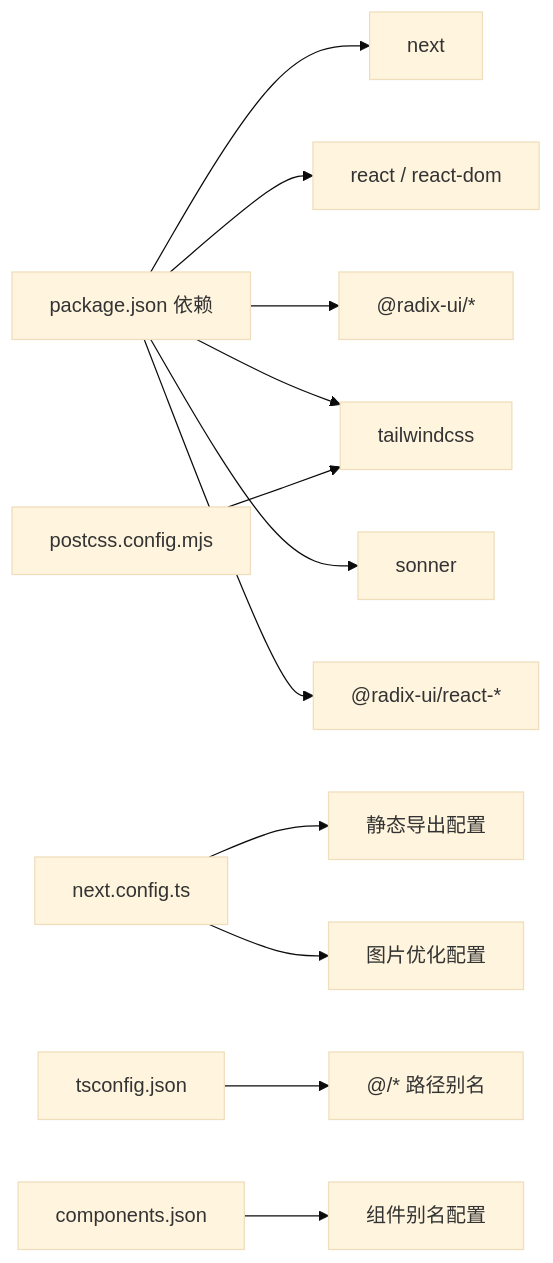
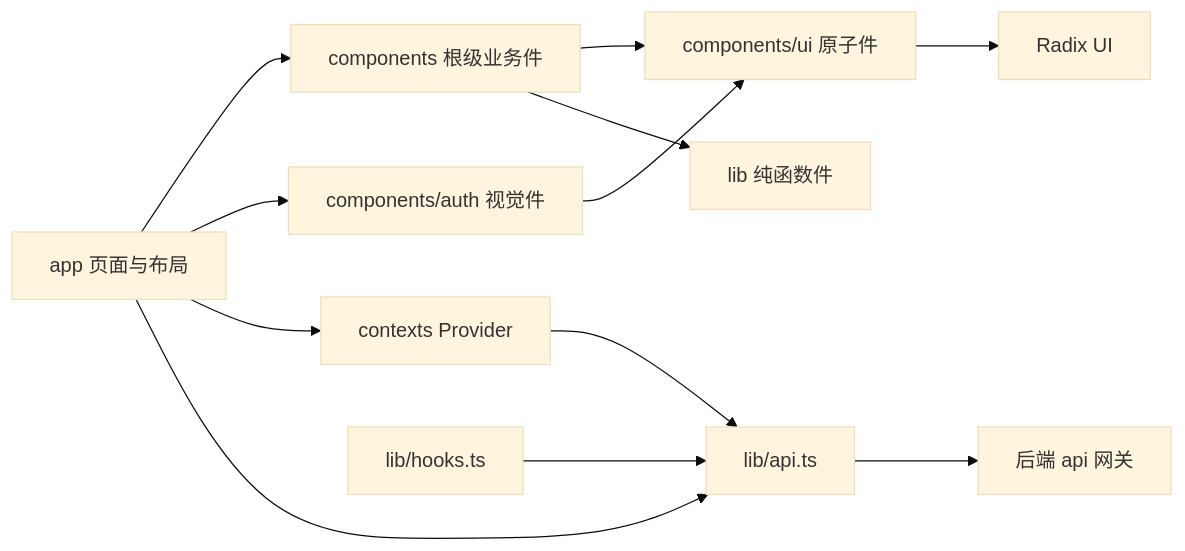
One commit to x01n/dnsplane changed the fifth of 5 diagrams in docs/系统架构/前端架构.md. Above: the diagram before and after it, drawn with Mermaid (base theme). The commit also changed other lines of this file and 326 other files, not shown here.

````diff
--- a/docs/系统架构/前端架构.md
+++ b/docs/系统架构/前端架构.md
@@ -294,14 +498,24 @@
 ```mermaid
 graph LR
-Pkg["package.json 依赖"] --> Next["next"]
-Pkg --> React["react / react-dom"]
-Pkg --> Radix["@radix-ui/*"]
-Pkg --> Tailwind["tailwindcss"]
-Pkg --> Sonner["sonner"]
-Pkg --> RadixVars["@radix-ui/react-*"]
-Cfg["next.config.ts"] --> Export["静态导出配置"]
-Cfg --> Images["图片优化配置"]
-TS["tsconfig.json"] --> Path["@/* 路径别名"]
-PostCSS["postcss.config.mjs"] --> Tailwind
-Shadcn["components.json"] --> Aliases["组件别名配置"]
+  PAGE["app 页面与布局"]
+  BUSC["components 根级业务件"]
+  AUTHV["components/auth 视觉件"]
+  UIC["components/ui 原子件"]
+  CTXN["contexts Provider"]
+  APILIB["lib/api.ts"]
+  HKLIB["lib/hooks.ts"]
+  PURE["lib 纯函数件"]
+  RADIX["Radix UI"]
+  BACK["后端 api 网关"]
+  PAGE --> BUSC
+  PAGE --> AUTHV
+  PAGE --> CTXN
+  PAGE --> APILIB
+  BUSC --> UIC
+  BUSC --> PURE
+  AUTHV --> UIC
+  UIC --> RADIX
+  CTXN --> APILIB
+  HKLIB --> APILIB
+  APILIB --> BACK
 ```
````
